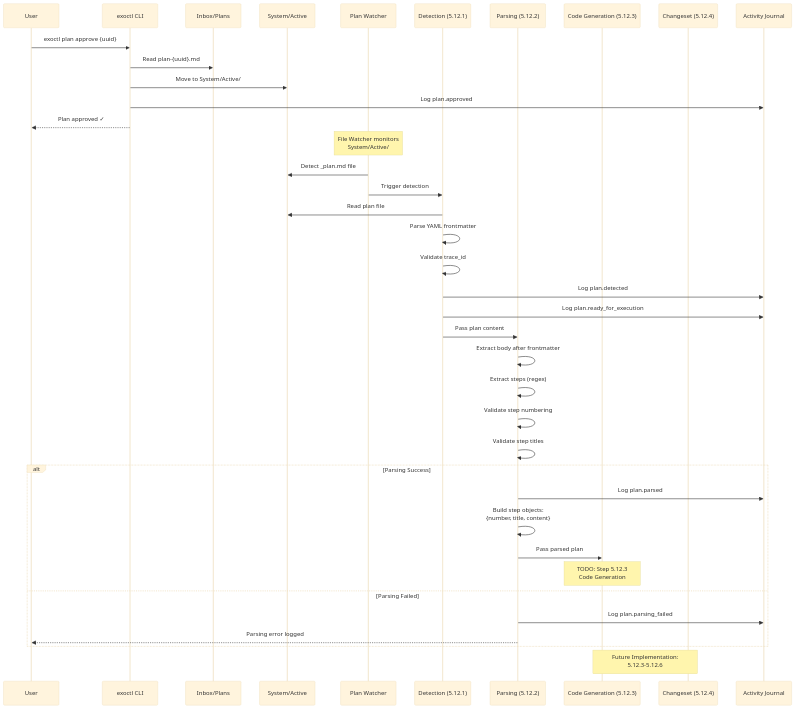
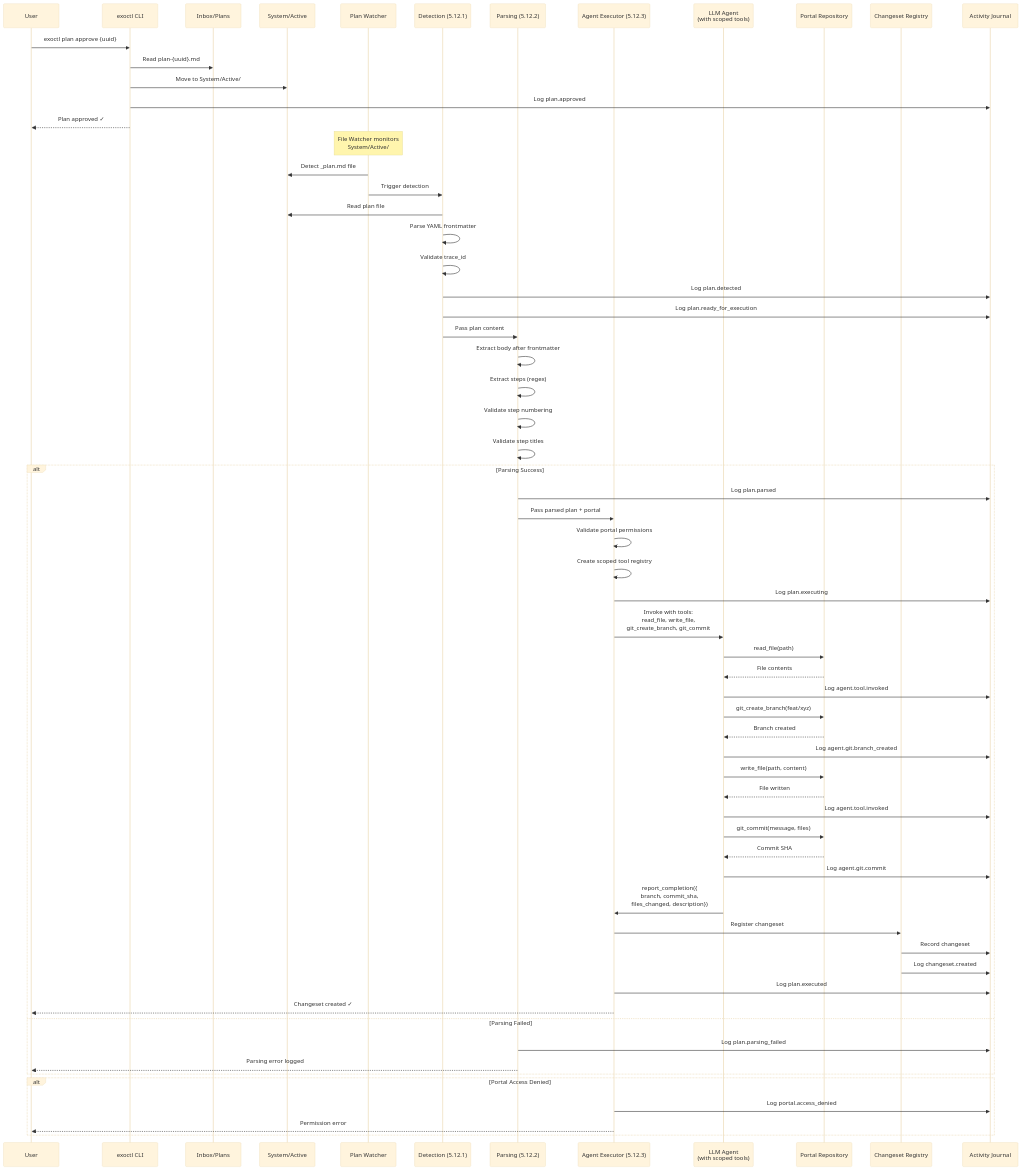
One commit to dostark/exoframe-public changed the third of 12 diagrams in docs/ExoFrame_Architecture.md. Above: the diagram before and after it, drawn with Mermaid (base theme). The commit also changed other lines of this file and 6 other files, not shown here.

First line of the commit message:
docs: refactor Step 5.12 to agent-driven architecture

````diff
--- a/docs/ExoFrame_Architecture.md
+++ b/docs/ExoFrame_Architecture.md
@@ -201,47 +203,79 @@
 ```mermaid
 sequenceDiagram
     participant U as User
     participant CLI as exoctl CLI
     participant Plans as Inbox/Plans
     participant Active as System/Active
     participant W as Plan Watcher
     participant Detect as Detection (5.12.1)
     participant Parse as Parsing (5.12.2)
-    participant Gen as Code Generation (5.12.3)
-    participant CS as Changeset (5.12.4)
+    participant Exec as Agent Executor (5.12.3)
+    participant Agent as LLM Agent<br/>(with scoped tools)
+    participant Portal as Portal Repository
+    participant CS as Changeset Registry
     participant DB as Activity Journal
     
     U->>CLI: exoctl plan approve {uuid}
     CLI->>Plans: Read plan-{uuid}.md
     CLI->>Active: Move to System/Active/
     CLI->>DB: Log plan.approved
     CLI-->>U: Plan approved ✓
     
     Note over W: File Watcher monitors<br/>System/Active/
     W->>Active: Detect _plan.md file
     W->>Detect: Trigger detection
     
     Detect->>Active: Read plan file
     Detect->>Detect: Parse YAML frontmatter
     Detect->>Detect: Validate trace_id
     Detect->>DB: Log plan.detected
     Detect->>DB: Log plan.ready_for_execution
     
     Detect->>Parse: Pass plan content
     Parse->>Parse: Extract body after frontmatter
     Parse->>Parse: Extract steps (regex)
     Parse->>Parse: Validate step numbering
     Parse->>Parse: Validate step titles
     
     alt Parsing Success
         Parse->>DB: Log plan.parsed
-        Parse->>Parse: Build step objects:<br/>{number, title, content}
-        Parse->>Gen: Pass parsed plan
-        Note over Gen: TODO: Step 5.12.3<br/>Code Generation
+        Parse->>Exec: Pass parsed plan + portal
+        Exec->>Exec: Validate portal permissions
+        Exec->>Exec: Create scoped tool registry
+        Exec->>DB: Log plan.executing
+        Exec->>Agent: Invoke with tools:<br/>read_file, write_file,<br/>git_create_branch, git_commit
+        
+        Agent->>Portal: read_file(path)
+        Portal-->>Agent: File contents
+        Agent->>DB: Log agent.tool.invoked
+        
+        Agent->>Portal: git_create_branch(feat/xyz)
+        Portal-->>Agent: Branch created
+        Agent->>DB: Log agent.git.branch_created
+        
+        Agent->>Portal: write_file(path, content)
+        Portal-->>Agent: File written
+        Agent->>DB: Log agent.tool.invoked
+        
+        Agent->>Portal: git_commit(message, files)
+        Portal-->>Agent: Commit SHA
+        Agent->>DB: Log agent.git.commit
+        
+        Agent->>Exec: report_completion({<br/>branch, commit_sha,<br/>files_changed, description})
+        
+        Exec->>CS: Register changeset
+        CS->>DB: Record changeset
+        CS->>DB: Log changeset.created
+        Exec->>DB: Log plan.executed
+        Exec-->>U: Changeset created ✓
+        
     else Parsing Failed
         Parse->>DB: Log plan.parsing_failed
         Parse-->>U: Parsing error logged
     end
     
-    Note over Gen,CS: Future Implementation:<br/>5.12.3-5.12.6
+    alt Portal Access Denied
+        Exec->>DB: Log portal.access_denied
+        Exec-->>U: Permission error
+    end
 ```
````
